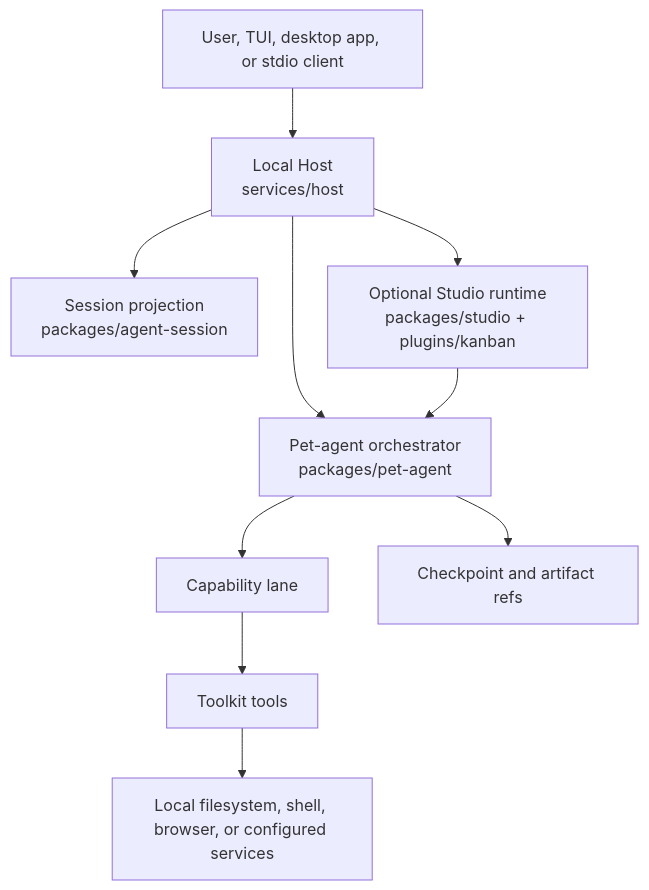
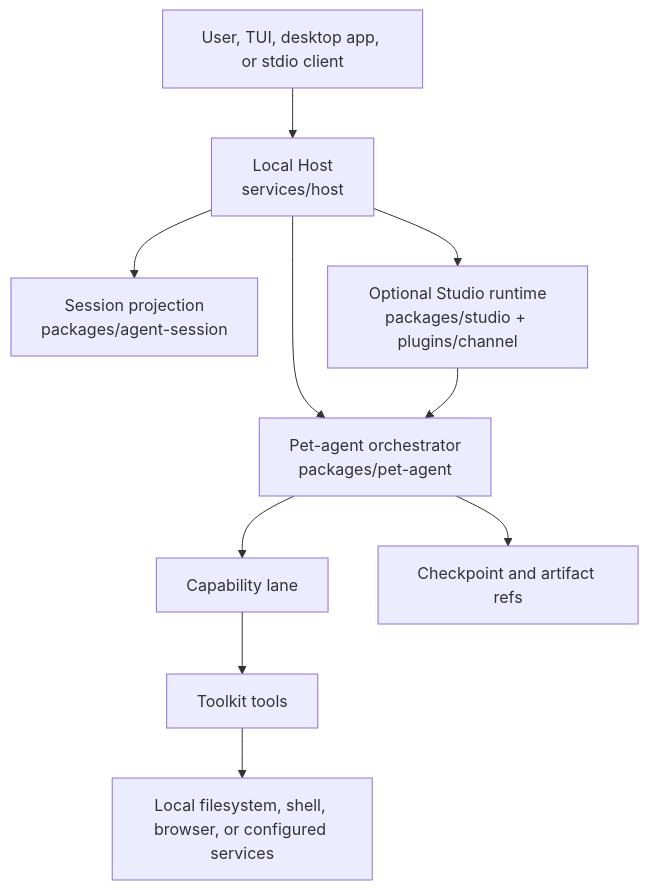
Before and after one commit to pinpawo/pinpawo-agent: the diagram in docs/concepts/architecture.md, drawn with Mermaid. The commit also changed other lines of this file and 68 other files, not shown here.

Commit message:
refactor(studio): retire Kanban runtime and default workflow

````diff
--- a/docs/concepts/architecture.md
+++ b/docs/concepts/architecture.md
@@ -33,12 +33,12 @@
 ```mermaid
 flowchart TB
   U["User, TUI, desktop app, or stdio client"] --> H["Local Host\nservices/host"]
   H --> O["Pet-agent orchestrator\npackages/pet-agent"]
   H --> S["Session projection\npackages/agent-session"]
   O --> C["Capability lane"]
   C --> K["Toolkit tools"]
   K --> L["Local filesystem, shell, browser, or configured services"]
   O --> A["Checkpoint and artifact refs"]
-  H --> ST["Optional Studio runtime\npackages/studio + plugins/kanban"]
+  H --> ST["Optional Studio runtime\npackages/studio + plugins/channel"]
   ST --> O
 ```
````
